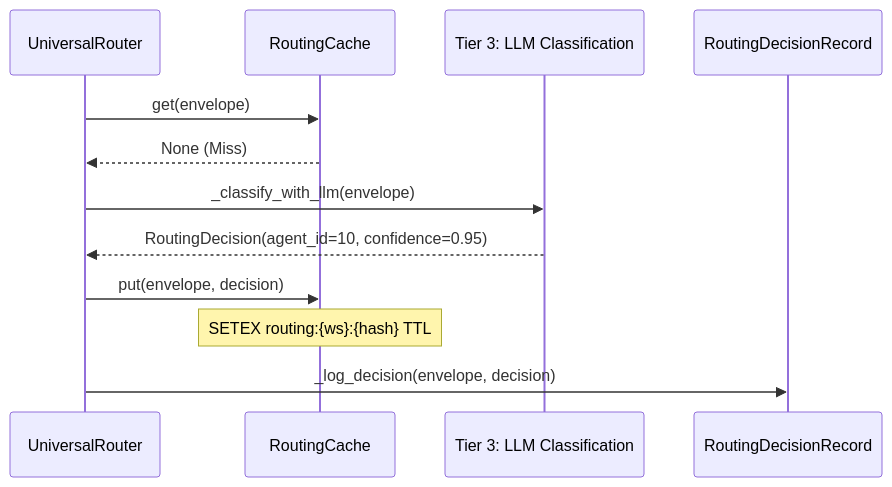
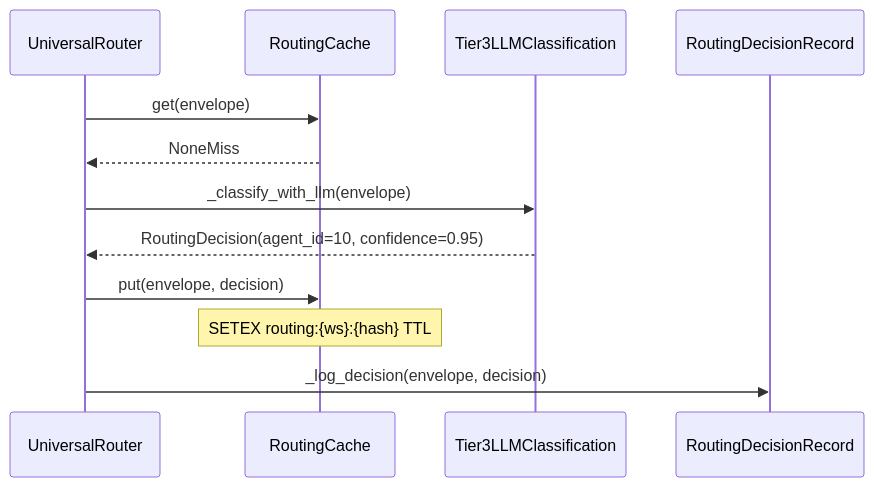
Before and after one commit to AutomatosAI/automatos-ai: the fourth of 4 diagrams in docs/universal-router/tier-1-cache-lookup.md, drawn with Mermaid. The commit also changed other lines of this file and 191 other files, not shown here.

````diff
--- a/docs/universal-router/tier-1-cache-lookup.md
+++ b/docs/universal-router/tier-1-cache-lookup.md
@@ -150,15 +159,15 @@
 ```mermaid
 sequenceDiagram
     participant R as UniversalRouter
     participant C as RoutingCache
-    participant L as Tier 3: LLM Classification
+    participant L as Tier3LLMClassification
     participant DB as RoutingDecisionRecord
 
     R->>C: get(envelope)
-    C-->>R: None (Miss)
+    C-->>R: NoneMiss
     R->>L: _classify_with_llm(envelope)
     L-->>R: RoutingDecision(agent_id=10, confidence=0.95)
     R->>C: put(envelope, decision)
     Note over C: SETEX routing:{ws}:{hash} TTL
     R->>DB: _log_decision(envelope, decision)
 ```
````
